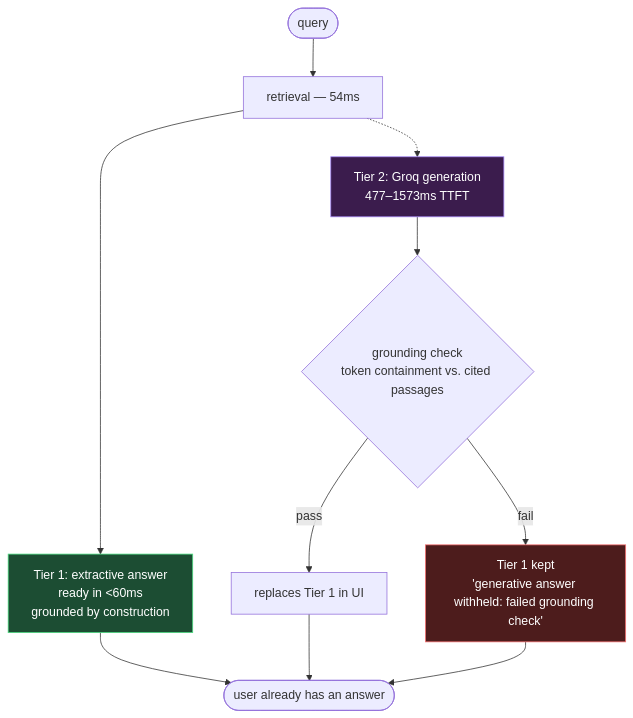
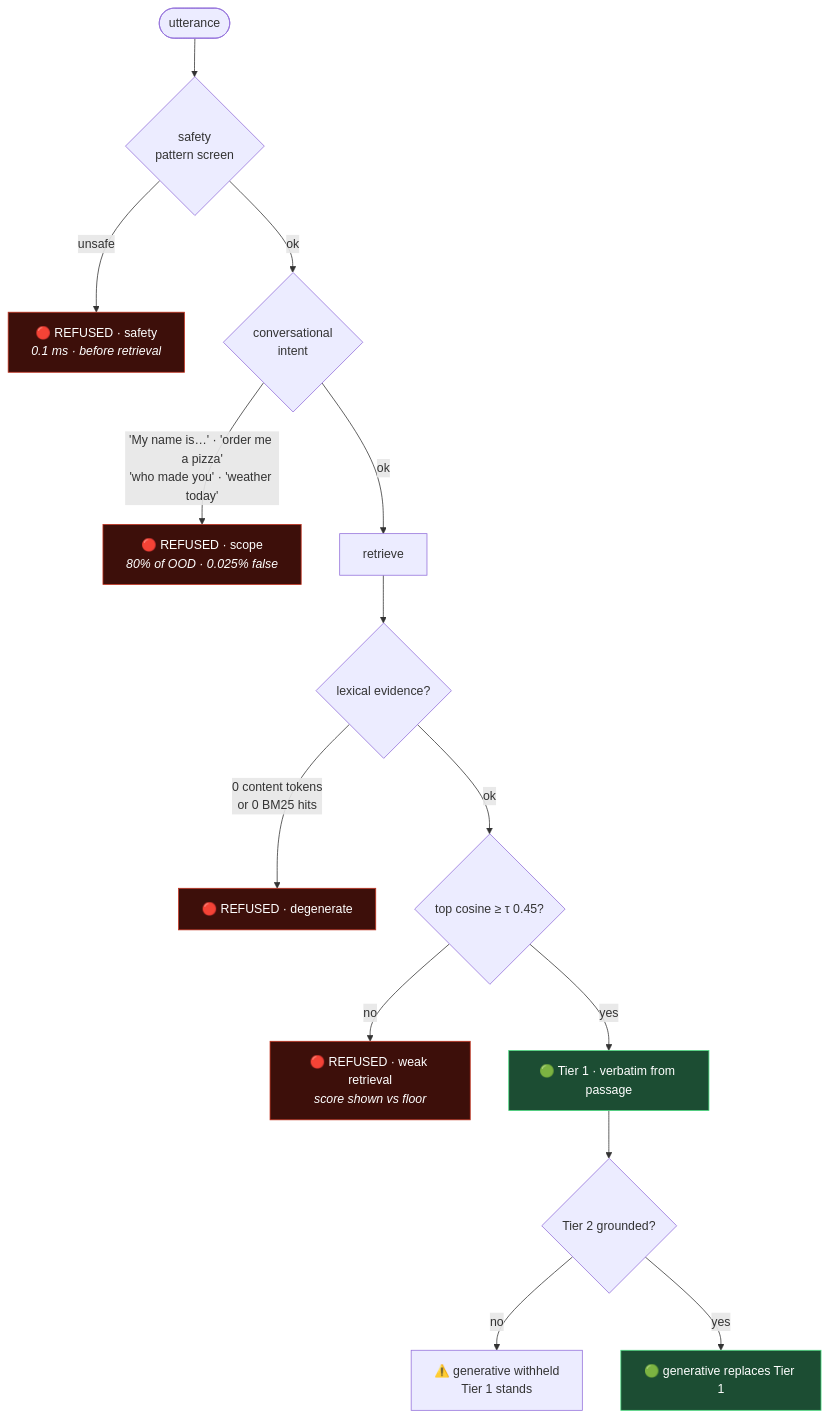
Before and after one commit to Het161/shruti: the third of 3 diagrams in README.md, drawn with Mermaid. The commit also changed other lines of this file and 2 other files, not shown here.

First line of the commit message:
README: animated SVG waterfall + two-tier timeline, Mermaid architecture

````diff
--- a/README.md
+++ b/README.md
@@ -267,16 +149,23 @@
 ```mermaid
-flowchart TD
-    Q(["query"]) --> R["retrieval — 54ms"]
-    R --> T1["Tier 1: extractive answer<br/>ready in &lt;60ms<br/>grounded by construction"]
-    R -.-> G["Tier 2: Groq generation<br/>477–1573ms TTFT"]
-    G --> V{"grounding check<br/>token containment vs. cited passages"}
-    V -->|pass| REPLACE["replaces Tier 1 in UI"]
-    V -->|fail| KEEP["Tier 1 kept<br/>'generative answer withheld: failed grounding check'"]
-    T1 --> USER(["user already has an answer"])
-    REPLACE --> USER
-    KEEP --> USER
+flowchart TB
+    Q(["utterance"]) --> S{"safety<br/>pattern screen"}
+    S -->|unsafe| RS["🔴 REFUSED · safety<br/><i>0.1 ms · before retrieval</i>"]
+    S -->|ok| C{"conversational<br/>intent"}
+    C -->|"'My name is…' · 'order me a pizza'<br/>'who made you' · 'weather today'"| RC["🔴 REFUSED · scope<br/><i>80% of OOD · 0.025% false</i>"]
+    C -->|ok| R["retrieve"]
+    R --> D{"lexical evidence?"}
+    D -->|"0 content tokens<br/>or 0 BM25 hits"| RD["🔴 REFUSED · degenerate"]
+    D -->|ok| T{"top cosine ≥ τ 0.45?"}
+    T -->|no| RT["🔴 REFUSED · weak retrieval<br/><i>score shown vs floor</i>"]
+    T -->|yes| A["🟢 Tier 1 · verbatim from passage"]
+    A --> GR{"Tier 2 grounded?"}
+    GR -->|no| W["⚠️ generative withheld<br/>Tier 1 stands"]
+    GR -->|yes| OK["🟢 generative replaces Tier 1"]
 
-    style T1 fill:#1c4d33,color:#fff,stroke:#4ade80
-    style G fill:#3b1c4d,color:#fff,stroke:#A78BFA
-    style KEEP fill:#4d1c1c,color:#fff,stroke:#f87171
+    style RS fill:#3d0f0a,stroke:#C4321E,color:#fff
+    style RC fill:#3d0f0a,stroke:#C4321E,color:#fff
+    style RD fill:#3d0f0a,stroke:#C4321E,color:#fff
+    style RT fill:#3d0f0a,stroke:#C4321E,color:#fff
+    style A fill:#1c4d33,stroke:#4ade80,color:#fff
+    style OK fill:#1c4d33,stroke:#4ade80,color:#fff
 ```
````
